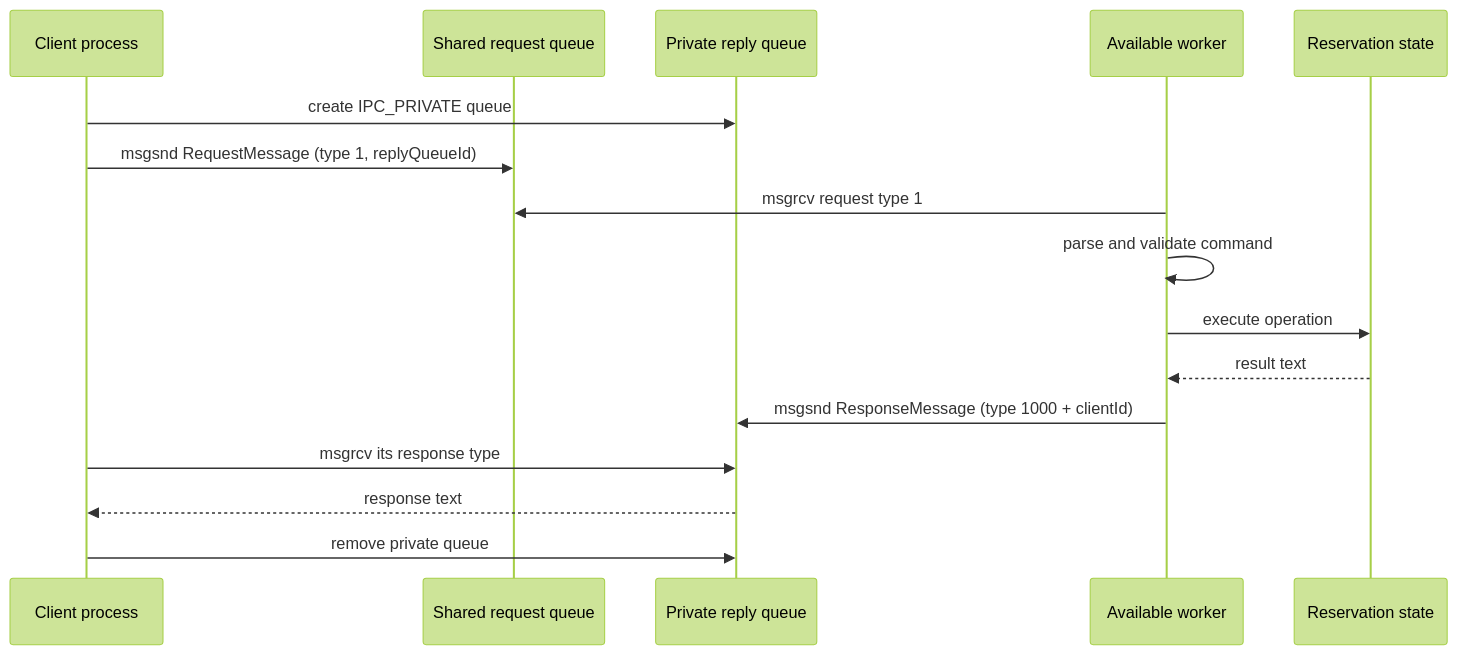
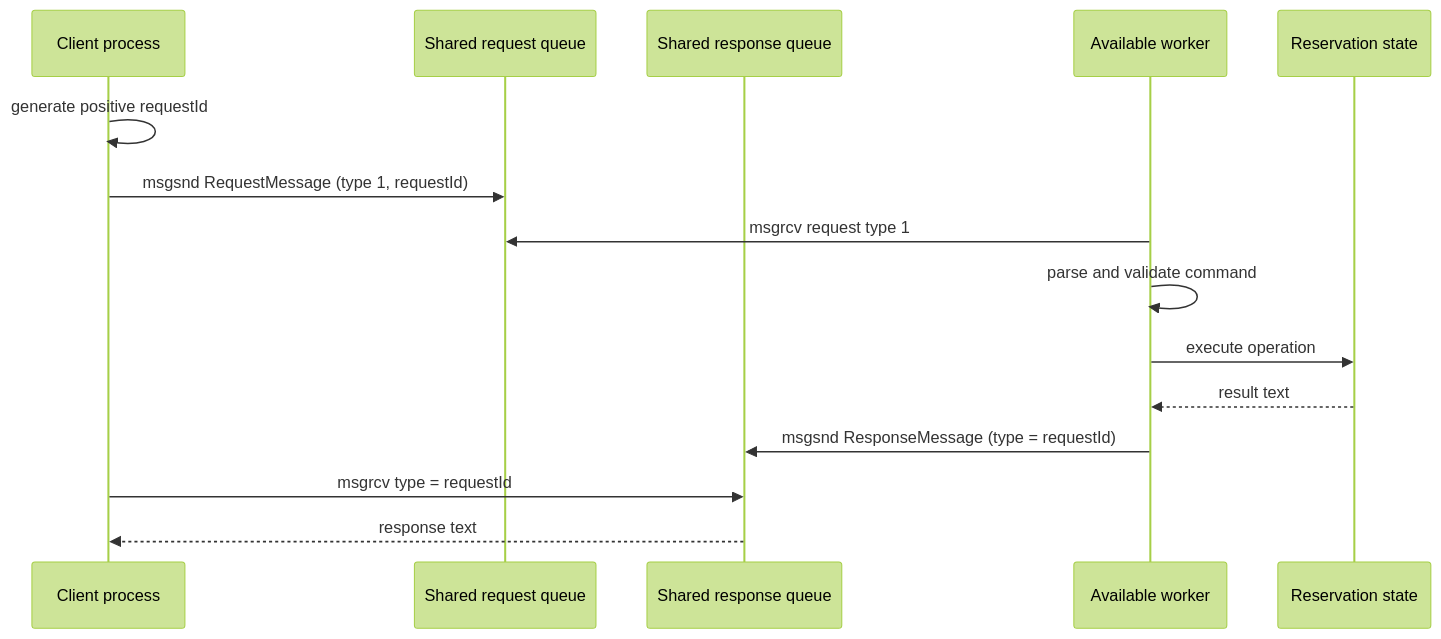
One commit to vixvify/airplane-booking changed the third of 5 diagrams in docs/architecture.md. Above: the diagram before and after it, drawn with Mermaid (forest theme). The commit also changed other lines of this file and 13 other files, not shown here.

Commit message:
refactor: replace private reply queues with shared response queues for improved IPC handling

````diff
--- a/docs/architecture.md
+++ b/docs/architecture.md
@@ -84,19 +84,18 @@
 ```mermaid
 sequenceDiagram
     participant Client as Client process
     participant Queue as Shared request queue
-    participant Reply as Private reply queue
+    participant Reply as Shared response queue
     participant Worker as Available worker
     participant Domain as Reservation state
 
-    Client->>Reply: create IPC_PRIVATE queue
-    Client->>Queue: msgsnd RequestMessage (type 1, replyQueueId)
+    Client->>Client: generate positive requestId
+    Client->>Queue: msgsnd RequestMessage (type 1, requestId)
     Worker->>Queue: msgrcv request type 1
     Worker->>Worker: parse and validate command
     Worker->>Domain: execute operation
     Domain-->>Worker: result text
-    Worker->>Reply: msgsnd ResponseMessage (type 1000 + clientId)
-    Client->>Reply: msgrcv its response type
+    Worker->>Reply: msgsnd ResponseMessage (type = requestId)
+    Client->>Reply: msgrcv type = requestId
     Reply-->>Client: response text
-    Client->>Reply: remove private queue
 ```
````
